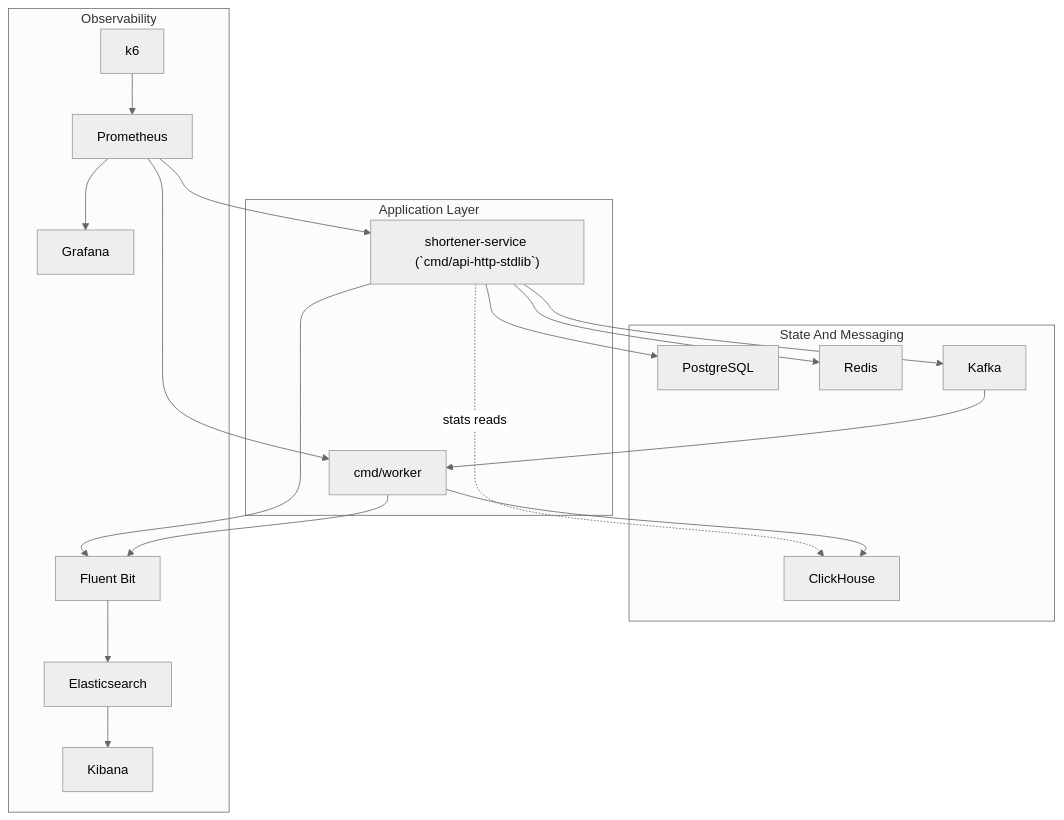
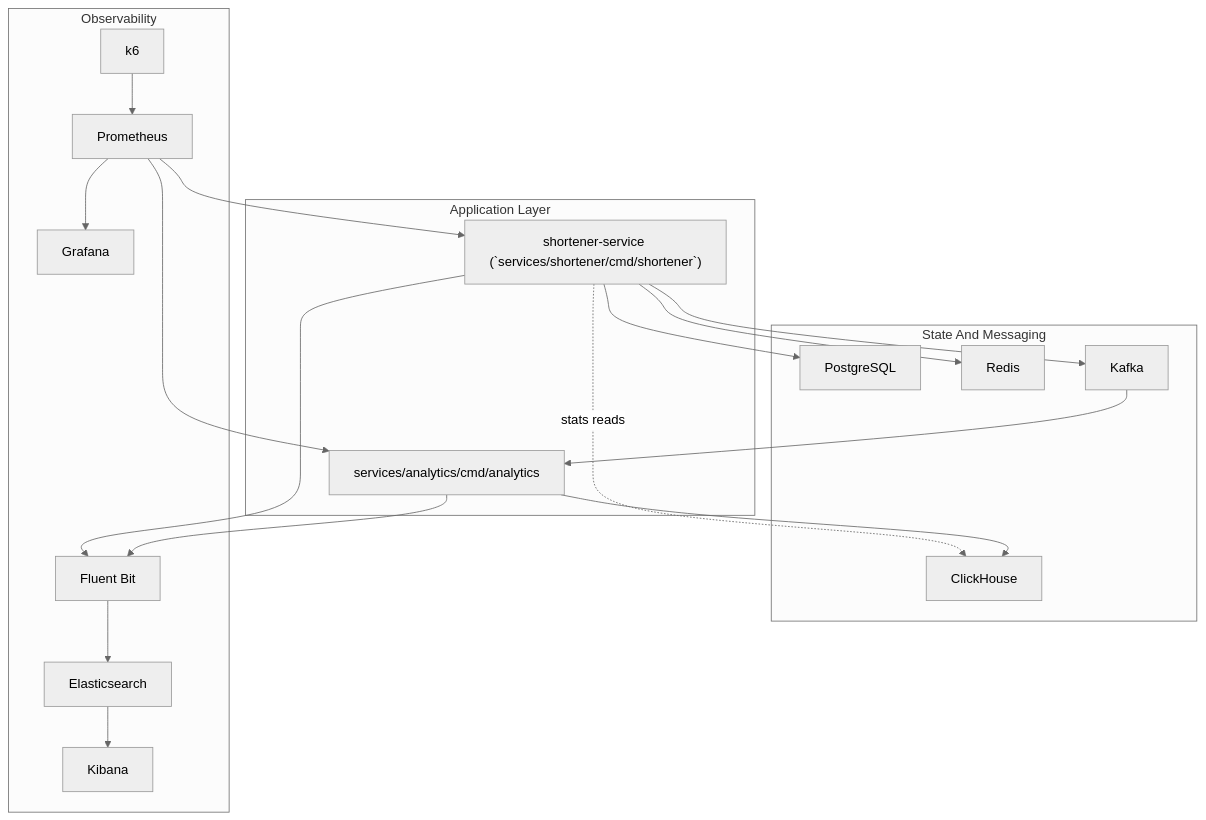
One commit to fev0ks/sandbox_url_shortener changed the third of 7 diagrams in docs/system_design.md. Above: the diagram before and after it, drawn with Mermaid (neutral theme). The commit also changed other lines of this file and 63 other files, not shown here.

Commit message:
refactor: split shortener and analytics into services

````diff
--- a/docs/system_design.md
+++ b/docs/system_design.md
@@ -151,40 +151,40 @@
 ```mermaid
 flowchart TB
     subgraph app["Application Layer"]
-        shortener["shortener-service (`cmd/api-http-stdlib`)"]
-        worker["cmd/worker"]
+        shortener["shortener-service (`services/shortener/cmd/shortener`)"]
+        analytics["services/analytics/cmd/analytics"]
     end
 
     subgraph state["State And Messaging"]
         pg["PostgreSQL"]
         redis["Redis"]
         kafka["Kafka"]
         ch["ClickHouse"]
     end
 
     subgraph obs["Observability"]
         k6["k6"]
         shipper["Fluent Bit"]
         es["Elasticsearch"]
         kibana["Kibana"]
         prom["Prometheus"]
         grafana["Grafana"]
     end
 
     shortener --> pg
     shortener --> redis
     shortener --> kafka
     shortener -.->|stats reads| ch
-    kafka --> worker
-    worker --> ch
+    kafka --> analytics
+    analytics --> ch
 
     prom --> shortener
-    prom --> worker
+    prom --> analytics
     k6 --> prom
     prom --> grafana
 
     shortener --> shipper
-    worker --> shipper
+    analytics --> shipper
     shipper --> es
     es --> kibana
 ```
````
